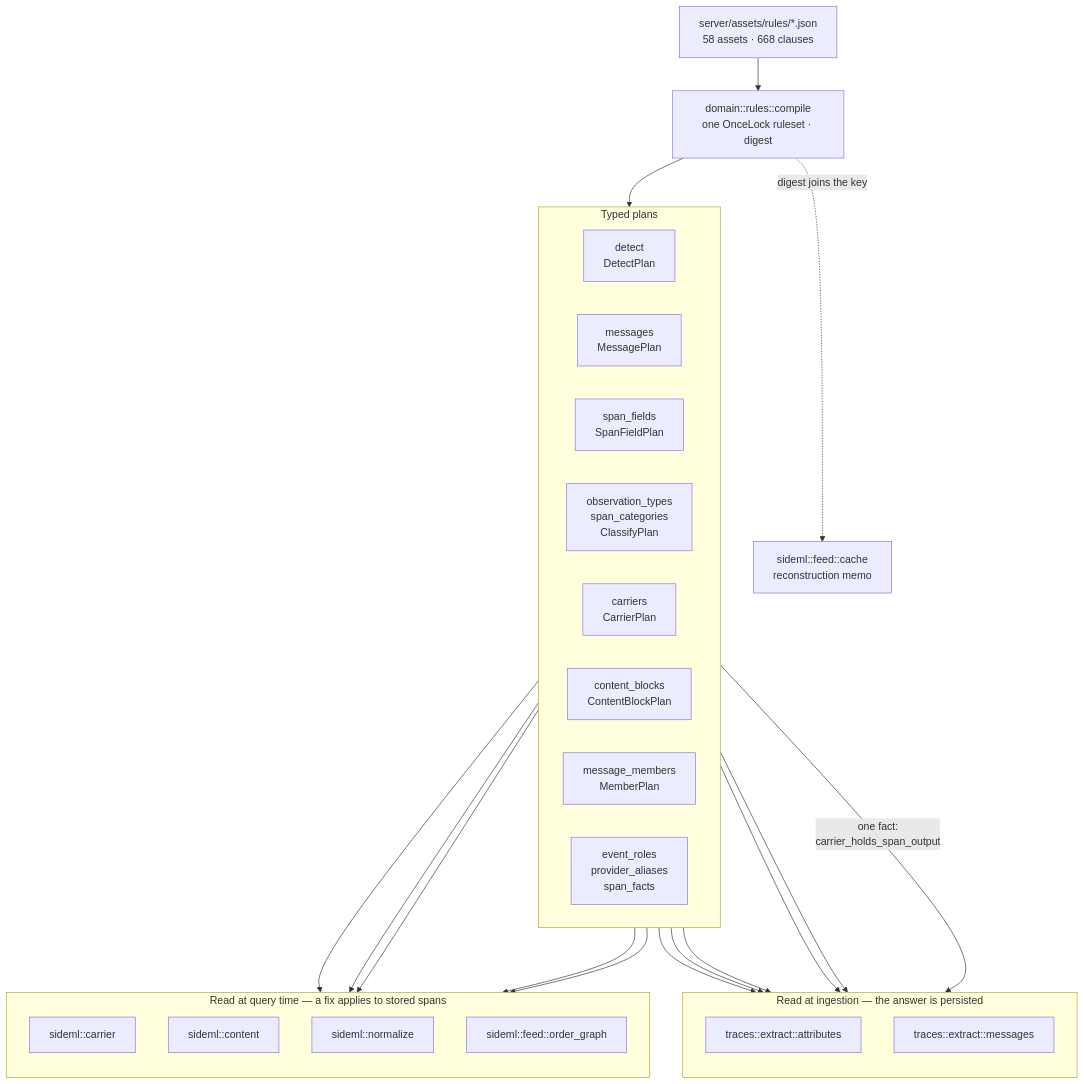
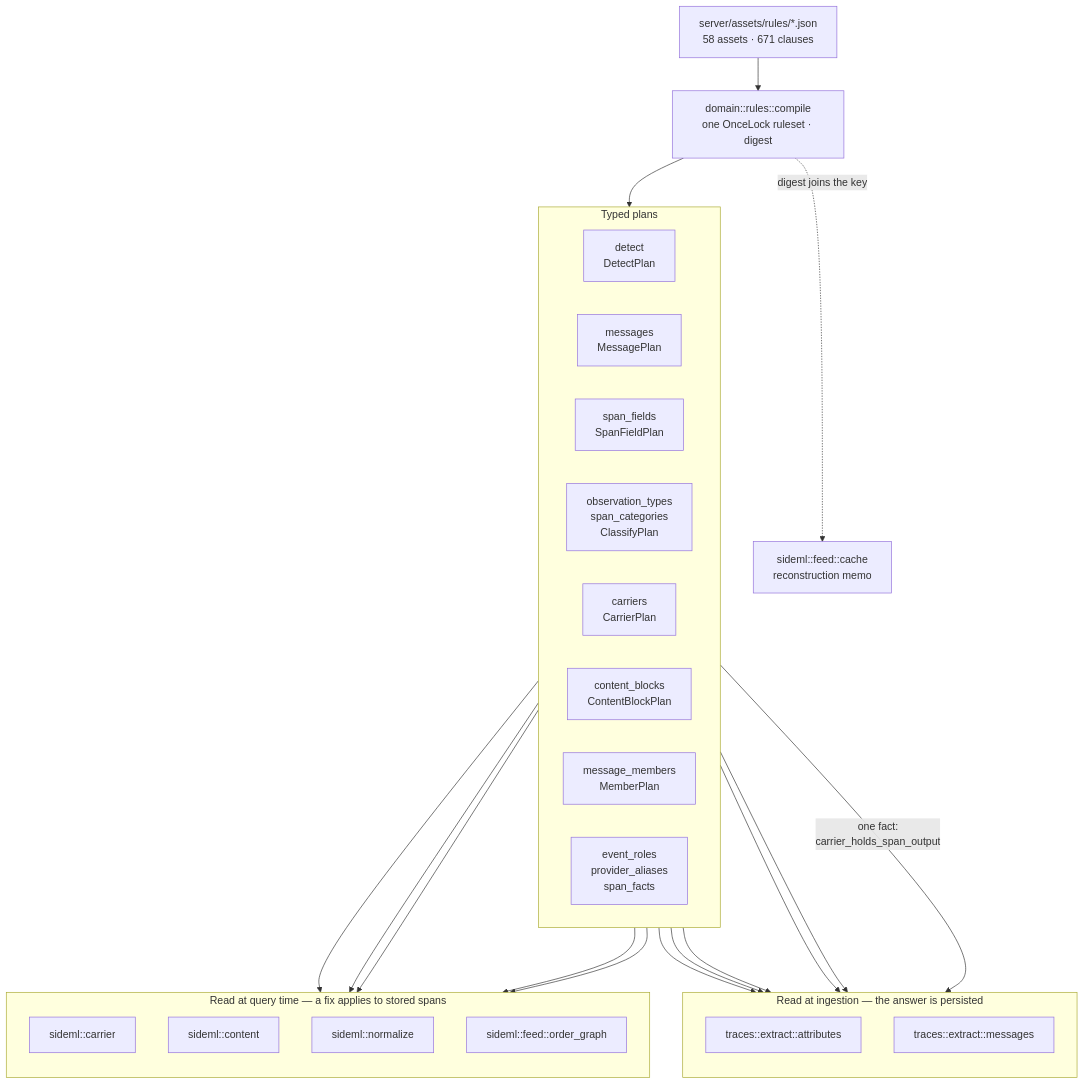
Before and after one commit to sideseat/sideseat: the first of 7 diagrams in docs/engineering/architecture-diagrams.md, drawn with Mermaid. The commit also changed 7 other files, not shown here.

````diff
--- a/docs/engineering/architecture-diagrams.md
+++ b/docs/engineering/architecture-diagrams.md
@@ -18,47 +18,47 @@
 ```mermaid
 flowchart TB
-    assets["server/assets/rules/*.json<br/>58 assets · 668 clauses"]
+    assets["server/assets/rules/*.json<br/>58 assets · 671 clauses"]
     compile["domain::rules::compile<br/>one OnceLock ruleset · digest"]
     assets --> compile
 
     subgraph plans["Typed plans"]
         direction LR
         detect["detect<br/>DetectPlan"]
         messages["messages<br/>MessagePlan"]
         fields["span_fields<br/>SpanFieldPlan"]
         classify["observation_types<br/>span_categories<br/>ClassifyPlan"]
         carriers["carriers<br/>CarrierPlan"]
         blocks["content_blocks<br/>ContentBlockPlan"]
         members["message_members<br/>MemberPlan"]
         roles["event_roles<br/>provider_aliases<br/>span_facts"]
     end
     compile --> plans
 
     subgraph ingest["Read at ingestion — the answer is persisted"]
         direction TB
         attrs["traces::extract::attributes"]
         msgs["traces::extract::messages"]
     end
 
     subgraph query["Read at query time — a fix applies to stored spans"]
         direction TB
         carrier["sideml::carrier"]
         content["sideml::content"]
         normalize["sideml::normalize"]
         order["sideml::feed::order_graph"]
     end
 
     detect --> attrs
     fields --> attrs
     classify --> attrs
     roles --> attrs
     messages --> msgs
     carriers -->|"one fact:<br/>carrier_holds_span_output"| msgs
     carriers --> carrier
     carriers --> order
     blocks --> content
     members --> content
     roles --> normalize
 
     compile -. "digest joins the key" .-> cache["sideml::feed::cache<br/>reconstruction memo"]
 ```
````
